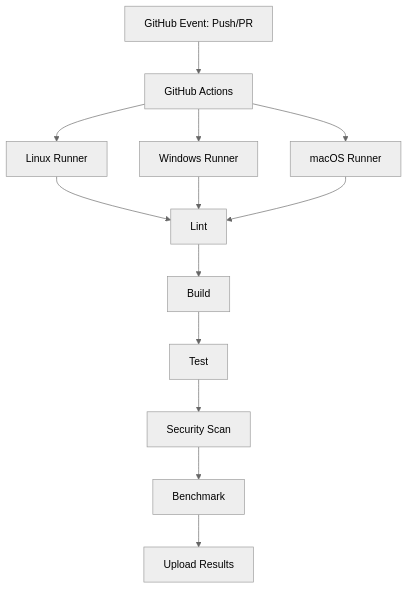
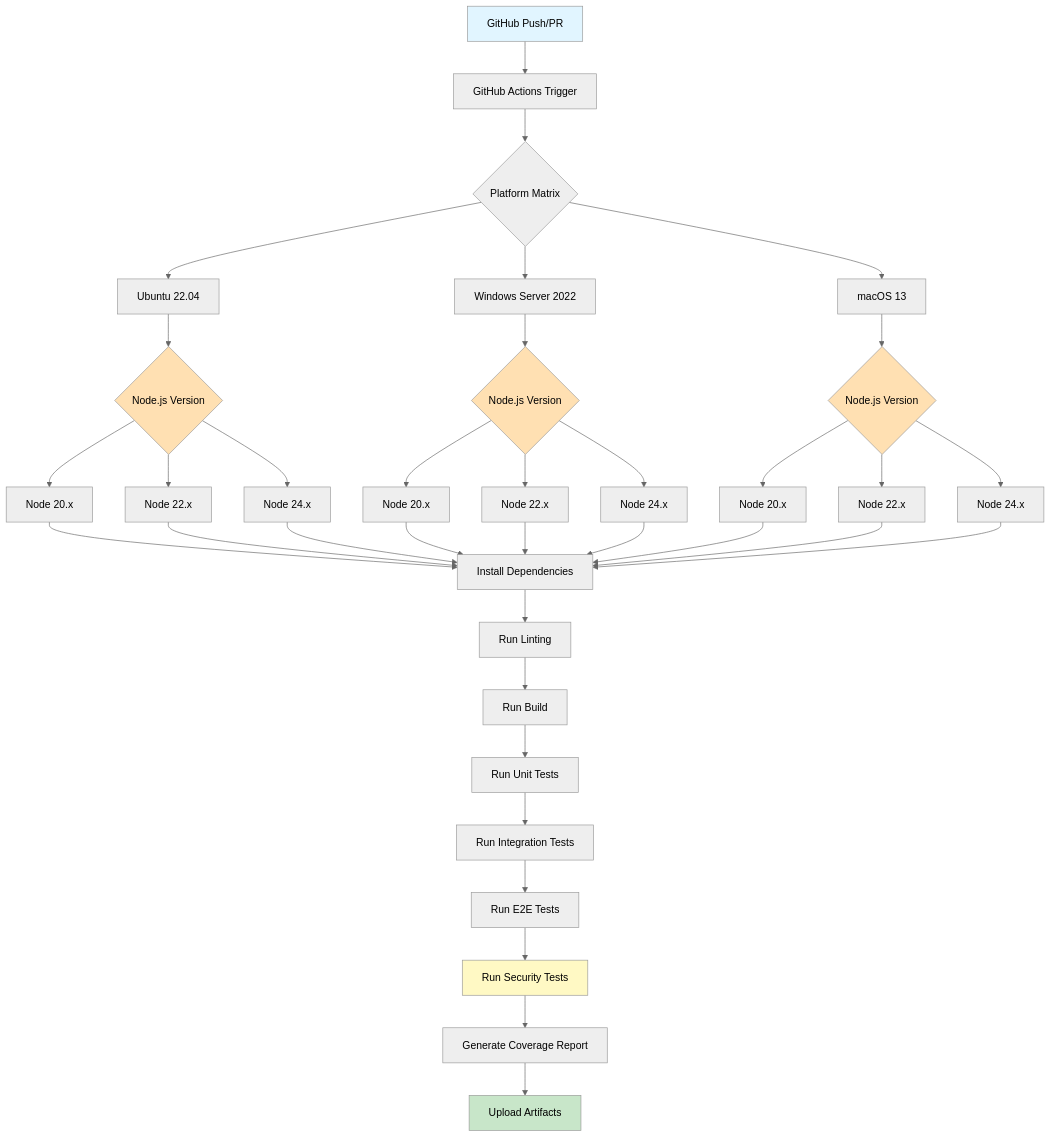
One commit to mountaindude/qvd4js changed the first of 2 diagrams in docs/TESTING.md. Above: the diagram before and after it, drawn with Mermaid (neutral theme). The commit also changed other lines of this file and 4 other files, not shown here.

````diff
--- a/docs/TESTING.md
+++ b/docs/TESTING.md
@@ -28,15 +28,50 @@
 ```mermaid
 graph TD
-    A[GitHub Event: Push/PR] --> B[GitHub Actions]
-    B --> C[Linux Runner]
-    B --> D[Windows Runner]
-    B --> E[macOS Runner]
-    C --> F[Lint]
-    D --> F
-    E --> F
-    F --> G[Build]
-    G --> H[Test]
-    H --> I[Security Scan]
-    I --> J[Benchmark]
-    J --> K[Upload Results]
+    A[GitHub Push/PR] --> B[GitHub Actions Trigger]
+    B --> C{Platform Matrix}
+    C --> D[Ubuntu 22.04]
+    C --> E[Windows Server 2022]
+    C --> F[macOS 13]
+
+    D --> D1{Node.js Version}
+    E --> E1{Node.js Version}
+    F --> F1{Node.js Version}
+
+    D1 --> D2[Node 20.x]
+    D1 --> D3[Node 22.x]
+    D1 --> D4[Node 24.x]
+
+    E1 --> E2[Node 20.x]
+    E1 --> E3[Node 22.x]
+    E1 --> E4[Node 24.x]
+
+    F1 --> F2[Node 20.x]
+    F1 --> F3[Node 22.x]
+    F1 --> F4[Node 24.x]
+
+    D2 --> G[Install Dependencies]
+    D3 --> G
+    D4 --> G
+    E2 --> G
+    E3 --> G
+    E4 --> G
+    F2 --> G
+    F3 --> G
+    F4 --> G
+
+    G --> H[Run Linting]
+    H --> I[Run Build]
+    I --> J[Run Unit Tests]
+    J --> K[Run Integration Tests]
+    K --> L[Run E2E Tests]
+    L --> M[Run Security Tests]
+    M --> N[Generate Coverage Report]
+    N --> O[Upload Artifacts]
+
+    style A fill:#e1f5ff
+    style O fill:#c8e6c9
+    style M fill:#fff9c4
+    style D1 fill:#ffe0b2
+    style E1 fill:#ffe0b2
+    style F1 fill:#ffe0b2
 ```
````
